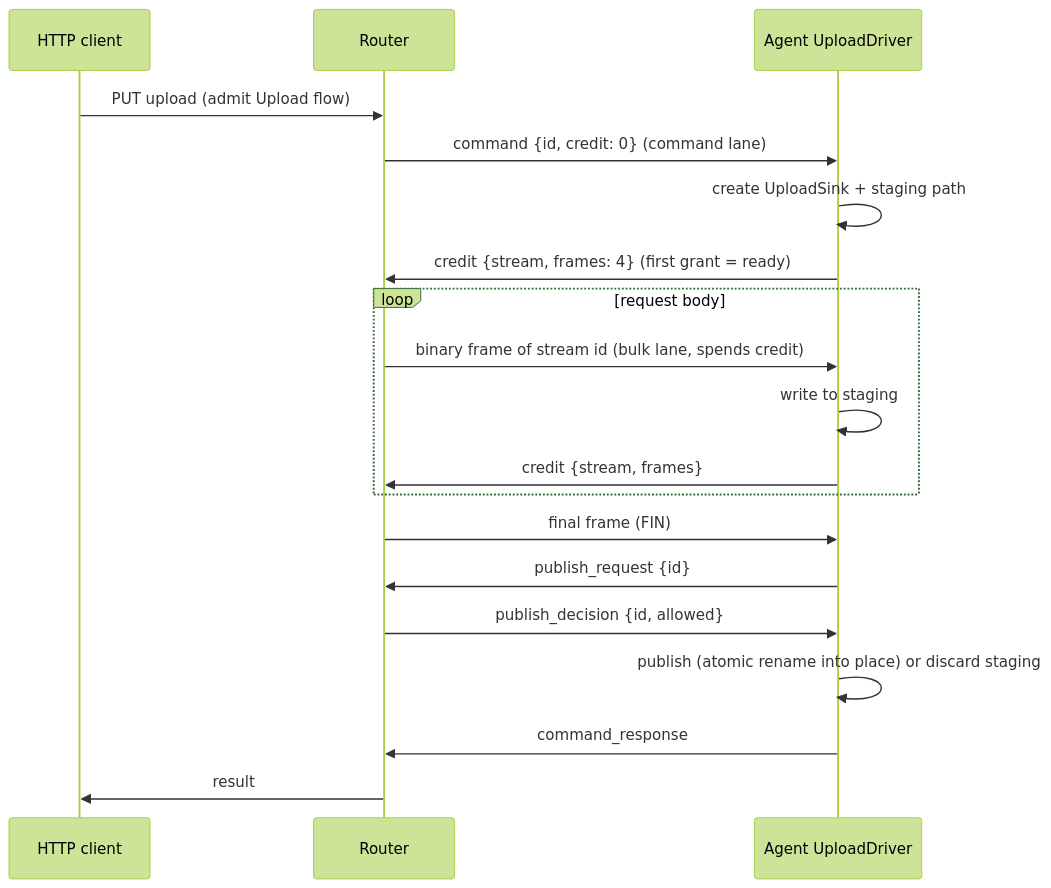
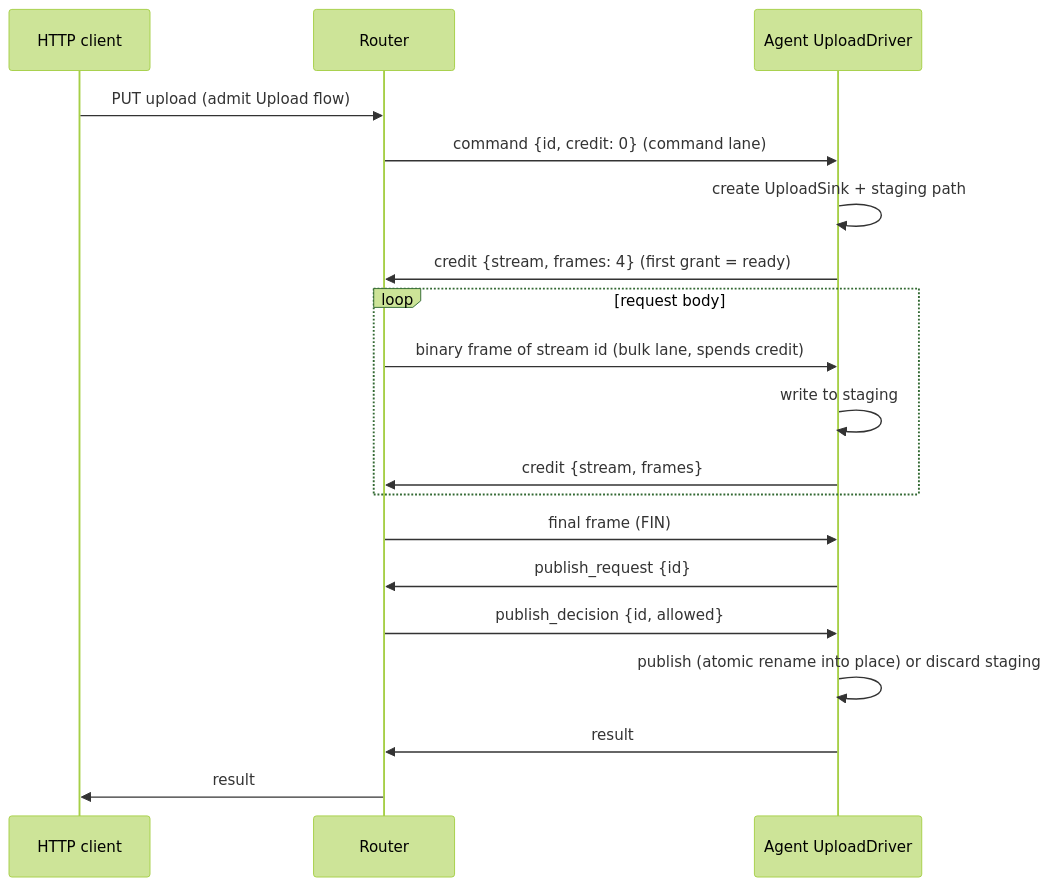
One commit to FruitieX/redoor changed the eighth of 10 diagrams in ARCHITECTURE.md. Above: the diagram before and after it, drawn with Mermaid (forest theme). The commit also changed other lines of this file, not shown here.

First line of the commit message:
Document typed responses and the result frame

````diff
--- a/ARCHITECTURE.md
+++ b/ARCHITECTURE.md
@@ -484,22 +489,22 @@
 ```mermaid
 sequenceDiagram
     participant C as HTTP client
     participant R as Router
     participant A as Agent UploadDriver
 
     C->>R: PUT upload (admit Upload flow)
     R->>A: command {id, credit: 0} (command lane)
     A->>A: create UploadSink + staging path
     A->>R: credit {stream, frames: 4} (first grant = ready)
     loop request body
         R->>A: binary frame of stream id (bulk lane, spends credit)
         A->>A: write to staging
         A->>R: credit {stream, frames}
     end
     R->>A: final frame (FIN)
     A->>R: publish_request {id}
     R->>A: publish_decision {id, allowed}
     A->>A: publish (atomic rename into place) or discard staging
-    A->>R: command_response
+    A->>R: result
     R->>C: result
 ```
````
